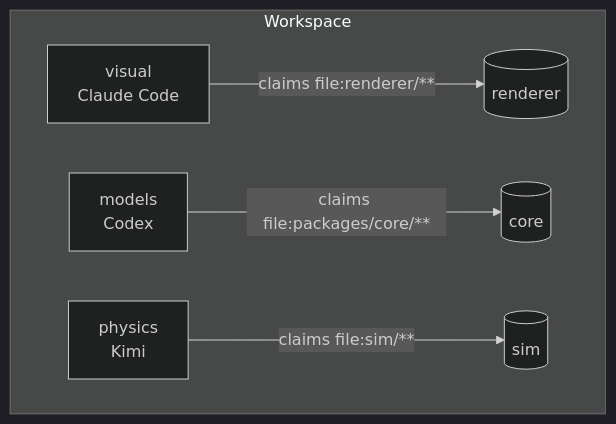
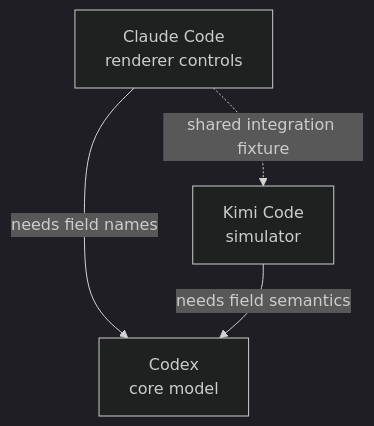
The diagram in examples/three-workstreams.md (automatis-tools/agents-can-communicate), drawn with Mermaid (dark theme) before and after one commit. The commit also changed other lines of this file and 12 other files, not shown here.

````diff
--- a/examples/three-workstreams.md
+++ b/examples/three-workstreams.md
@@ -5,8 +14,6 @@
 ```mermaid
 graph TB
-  subgraph Workspace
-    V[visual<br/>Claude Code] -->|claims file:renderer/**| R[(renderer)]
-    M[models<br/>Codex] -->|claims file:packages/core/**| C[(core)]
-    P[physics<br/>Kimi] -->|claims file:sim/**| S[(sim)]
-  end
+  V["Claude Code<br/>renderer controls"] -->|needs field names| M["Codex<br/>core model"]
+  P["Kimi Code<br/>simulator"] -->|needs field semantics| M
+  V -.->|shared integration fixture| P
 ```
````
